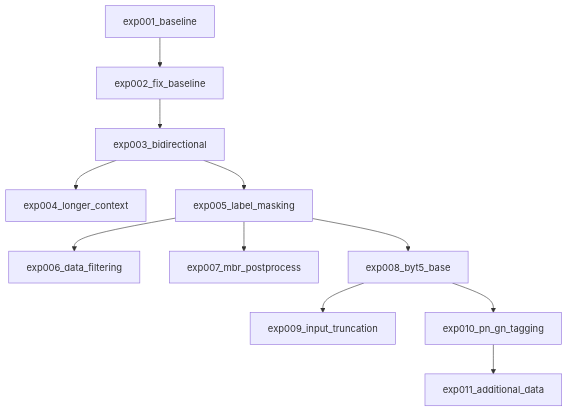
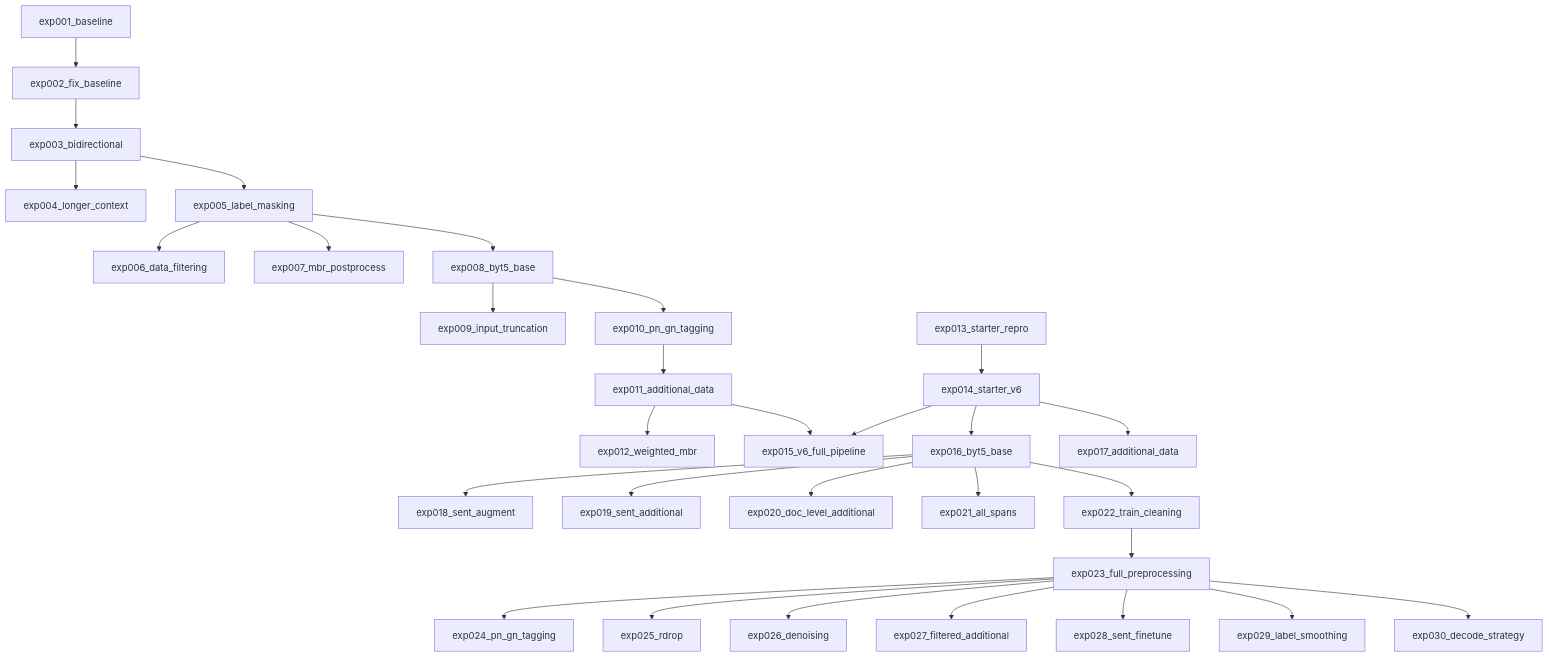
One commit to root4kaido/Akkadian changed the diagram in workspace/experiment_summary.md. Above: the diagram before and after it, drawn with Mermaid. The commit also changed other lines of this file and 227 other files, not shown here.

````diff
--- a/workspace/experiment_summary.md
+++ b/workspace/experiment_summary.md
@@ -5,14 +5,34 @@
 ```mermaid
 graph TD
     exp001[exp001_baseline]
     exp001 --> exp002[exp002_fix_baseline]
     exp002 --> exp003[exp003_bidirectional]
     exp003 --> exp004[exp004_longer_context]
     exp003 --> exp005[exp005_label_masking]
     exp005 --> exp006[exp006_data_filtering]
     exp005 --> exp007[exp007_mbr_postprocess]
     exp005 --> exp008[exp008_byt5_base]
     exp008 --> exp009[exp009_input_truncation]
     exp008 --> exp010[exp010_pn_gn_tagging]
     exp010 --> exp011[exp011_additional_data]
+    exp011 --> exp012[exp012_weighted_mbr]
+    exp013[exp013_starter_repro]
+    exp013 --> exp014[exp014_starter_v6]
+    exp014 --> exp015[exp015_v6_full_pipeline]
+    exp011 --> exp015
+    exp014 --> exp016[exp016_byt5_base]
+    exp014 --> exp017[exp017_additional_data]
+    exp016 --> exp018[exp018_sent_augment]
+    exp016 --> exp019[exp019_sent_additional]
+    exp016 --> exp020[exp020_doc_level_additional]
+    exp016 --> exp021[exp021_all_spans]
+    exp016 --> exp022[exp022_train_cleaning]
+    exp022 --> exp023[exp023_full_preprocessing]
+    exp023 --> exp024[exp024_pn_gn_tagging]
+    exp023 --> exp025[exp025_rdrop]
+    exp023 --> exp026[exp026_denoising]
+    exp023 --> exp027[exp027_filtered_additional]
+    exp023 --> exp028[exp028_sent_finetune]
+    exp023 --> exp029[exp029_label_smoothing]
+    exp023 --> exp030[exp030_decode_strategy]
 ```
````
